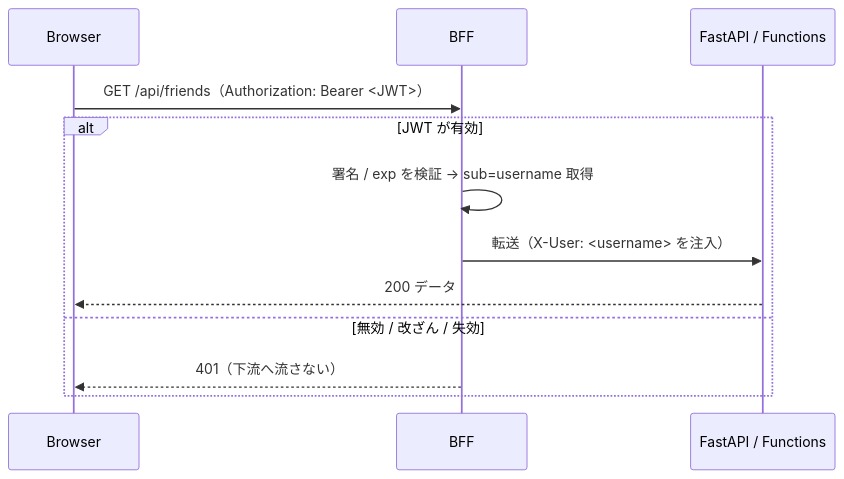
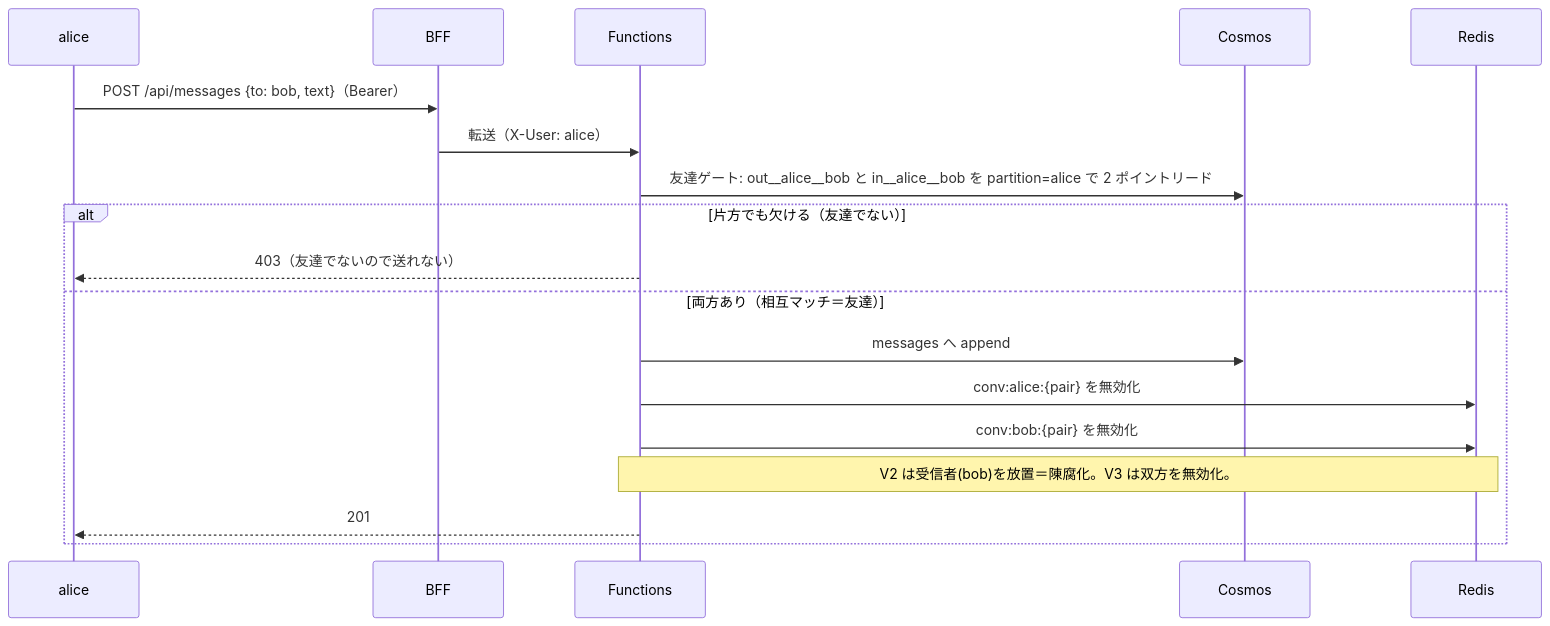
Before and after one commit to fdshg693/azure-weekly-study: the third of 5 diagrams in projects/message_app/MERMAID.md, drawn with Mermaid. The commit also changed other lines of this file and 4 other files, not shown here.

````diff
--- a/projects/message_app/MERMAID.md
+++ b/projects/message_app/MERMAID.md
@@ -63,15 +54,21 @@
 ```mermaid
 sequenceDiagram
-  participant Browser
+  participant A as alice
   participant BFF
-  participant API as FastAPI / Functions
+  participant FUNC as Functions
+  participant COSMOS as Cosmos
+  participant REDIS as Redis
 
-  Browser->>BFF: GET /api/friends（Authorization: Bearer <JWT>）
-  alt JWT が有効
-    BFF->>BFF: 署名 / exp を検証 → sub=username 取得
-    BFF->>API: 転送（X-User: <username> を注入）
-    API-->>Browser: 200 データ
-  else 無効 / 改ざん / 失効
-    BFF-->>Browser: 401（下流へ流さない）
+  A->>BFF: POST /api/messages {to: bob, text}（Bearer）
+  BFF->>FUNC: 転送（X-User: alice）
+  FUNC->>COSMOS: 友達ゲート: out__alice__bob と in__alice__bob を partition=alice で 2 ポイントリード
+  alt 片方でも欠ける（友達でない）
+    FUNC-->>A: 403（友達でないので送れない）
+  else 両方あり（相互マッチ＝友達）
+    FUNC->>COSMOS: messages へ append
+    FUNC->>REDIS: conv:alice:{pair} を無効化
+    FUNC->>REDIS: conv:bob:{pair} を無効化
+    Note over FUNC,REDIS: V2 は受信者(bob)を放置＝陳腐化。V3 は双方を無効化。
+    FUNC-->>A: 201
   end
 ```
````
